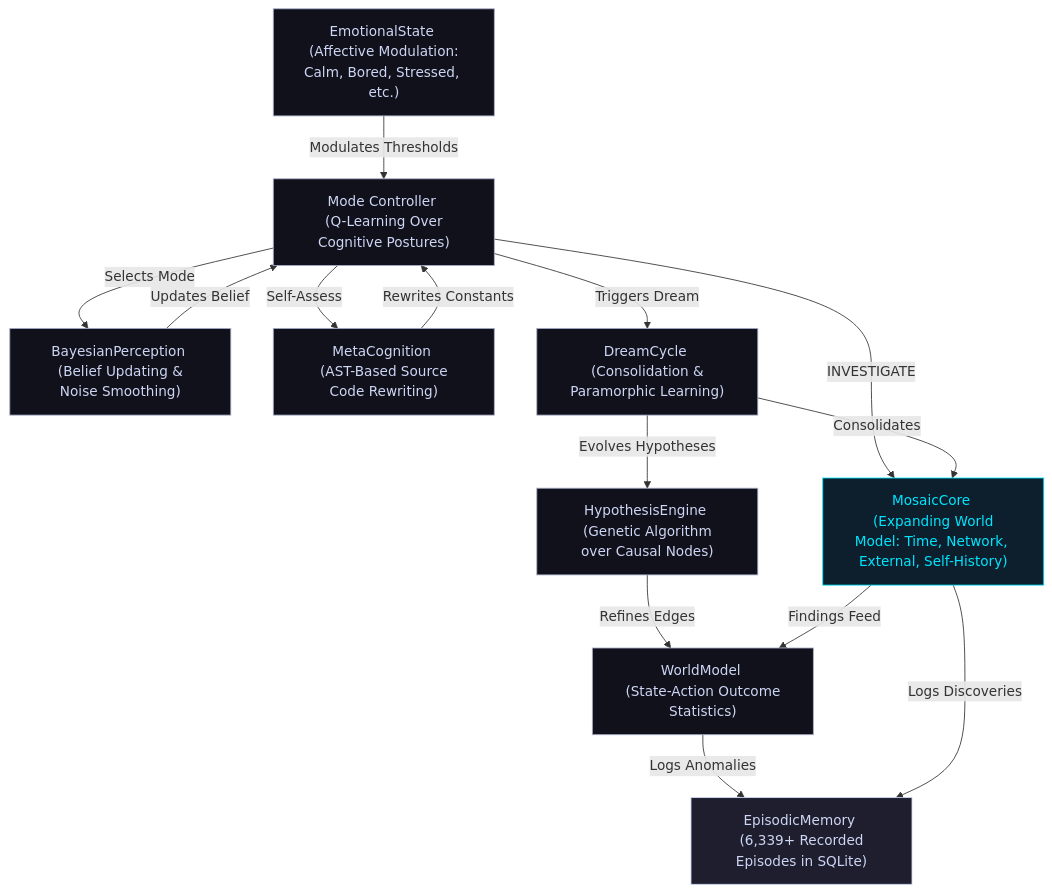
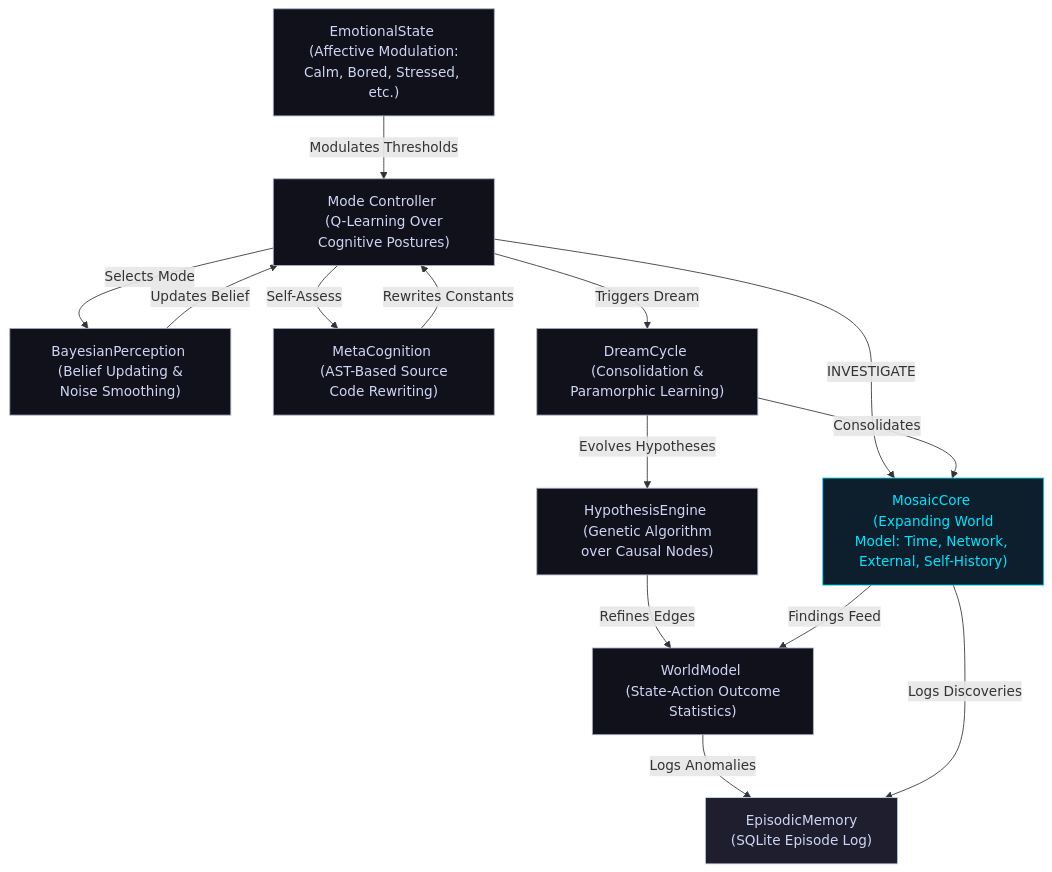
One commit to mematron/Arminta changed the diagram in README.md. Above: the diagram before and after it, drawn with Mermaid.

Commit message:
Update README to reflect SQLite episode log

````diff
--- a/README.md
+++ b/README.md
@@ -76,32 +76,32 @@
 ```mermaid
 graph TD
     %% Styling Configuration
     classDef default fill:#11111b,stroke:#a6adc8,stroke-width:1px,color:#cdd6f4;
     classDef memory fill:#1e1e2e,stroke:#cdd6f4,stroke-width:1px,color:#cdd6f4;
     classDef mosaic fill:#0d1f2d,stroke:#00e5ff,stroke-width:1px,color:#00e5ff;
 
     ModeController["Mode Controller <br/> (Q-Learning Over Cognitive Postures)"]
-    EpisodicMemory["EpisodicMemory <br/> (6,339+ Recorded Episodes in SQLite)"]:::memory
+    EpisodicMemory["EpisodicMemory <br/> (SQLite Episode Log)"]:::memory
     BayesianPerception["BayesianPerception <br/> (Belief Updating & Noise Smoothing)"]
     WorldModel["WorldModel <br/> (State-Action Outcome Statistics)"]
     EmotionalState["EmotionalState <br/> (Affective Modulation: Calm, Bored, Stressed, etc.)"]
     HypothesisEngine["HypothesisEngine <br/> (Genetic Algorithm over Causal Nodes)"]
     MetaCognition["MetaCognition <br/> (AST-Based Source Code Rewriting)"]
     DreamCycle["DreamCycle <br/> (Consolidation & Paramorphic Learning)"]
     MosaicCore["MosaicCore <br/> (Expanding World Model: Time, Network, External, Self-History)"]:::mosaic
 
     %% Interconnections
     ModeController -->|Selects Mode| BayesianPerception
     BayesianPerception -->|Updates Belief| ModeController
     EmotionalState -->|Modulates Thresholds| ModeController
     ModeController -->|Triggers Dream| DreamCycle
     DreamCycle -->|Evolves Hypotheses| HypothesisEngine
     HypothesisEngine -->|Refines Edges| WorldModel
     WorldModel -->|Logs Anomalies| EpisodicMemory
     ModeController -->|Self-Assess| MetaCognition
     MetaCognition -->|Rewrites Constants| ModeController
     ModeController -->|INVESTIGATE| MosaicCore
     MosaicCore -->|Logs Discoveries| EpisodicMemory
     MosaicCore -->|Findings Feed| WorldModel
     DreamCycle -->|Consolidates| MosaicCore
 ```
````
